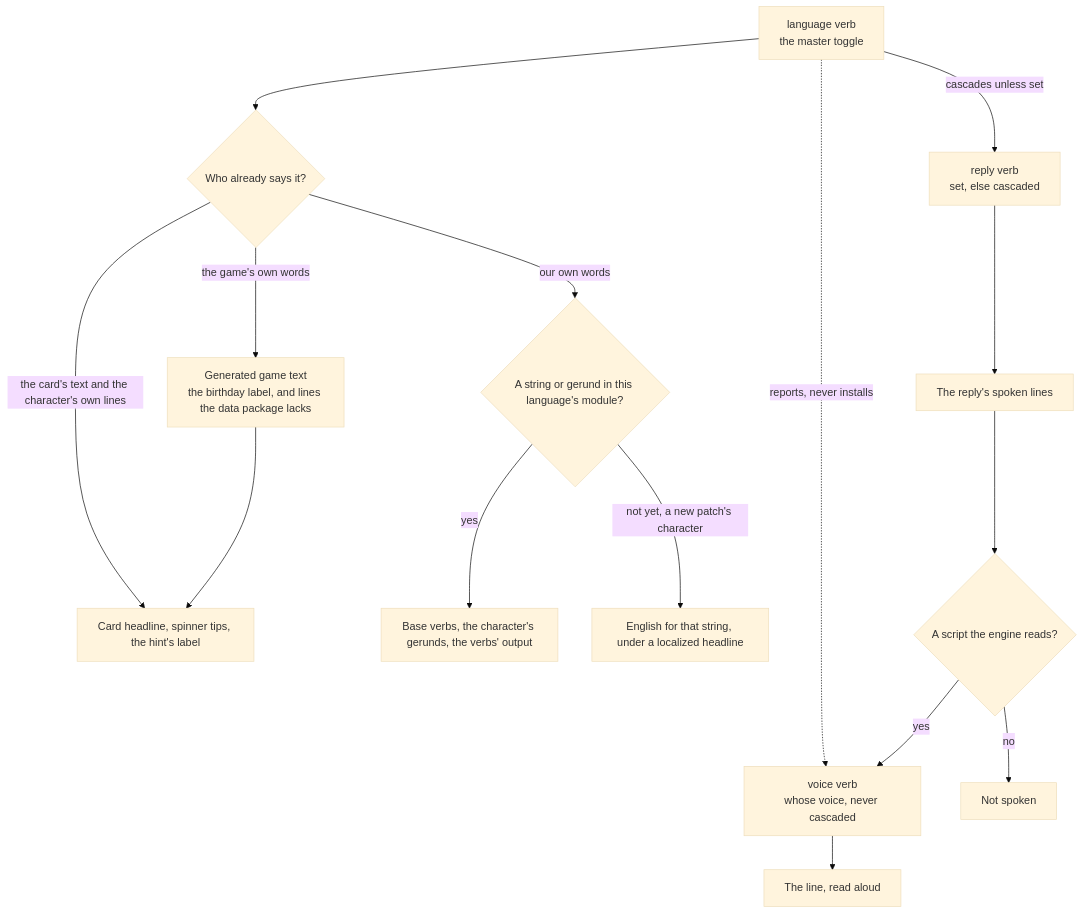
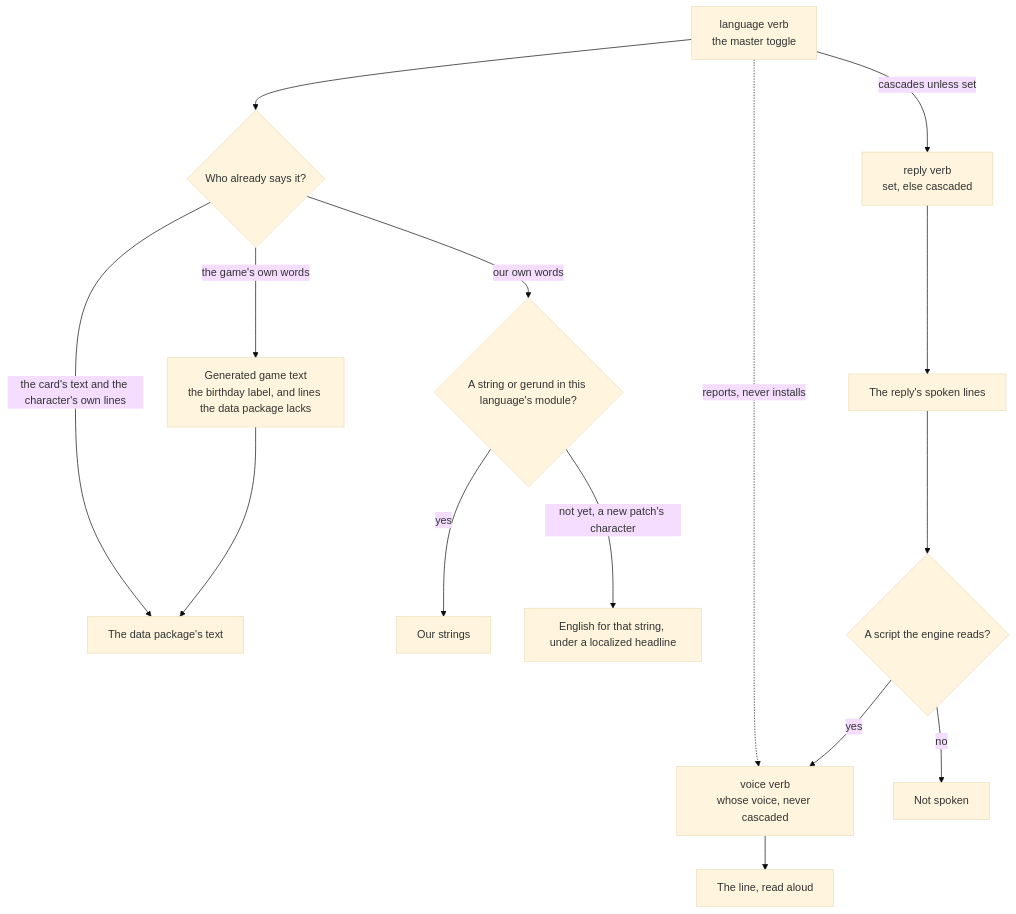
The diagram in openspec/specs/infra/claude-interface/persona-plugin/languages/design.md (Esposter/Esposter), drawn with Mermaid (base theme) before and after one commit. The commit also changed other lines of this file and 5 other files, not shown here.

````diff
--- a/openspec/specs/infra/claude-interface/persona-plugin/languages/design.md
+++ b/openspec/specs/infra/claude-interface/persona-plugin/languages/design.md
@@ -25,21 +25,21 @@
 ```mermaid
 flowchart TD
     Language["language verb<br/>the master toggle"]
     Reply["reply verb<br/>set, else cascaded"]
     Dub["voice verb<br/>whose voice, never cascaded"]
 
     Language -->|cascades unless set| Reply
     Language -.->|reports, never installs| Dub
     Language --> Data{"Who already says it?"}
-    Data -- "the card's text and the character's own lines" --> Free["Card headline, spinner tips, the hint's label"]
+    Data -- "the card's text and the character's own lines" --> Free["The data package's text"]
     Data -- "the game's own words" --> Game["Generated game text<br/>the birthday label, and lines the data package lacks"]
     Game --> Free
     Data -- "our own words" --> Module{"A string or gerund in this language's module?"}
-    Module -- yes --> Ours["Base verbs, the character's gerunds, the verbs' output"]
+    Module -- yes --> Ours["Our strings"]
     Module -- "not yet, a new patch's character" --> Fallback["English for that string, under a localized headline"]
     Reply --> Prose["The reply's spoken lines"]
     Prose --> Script{"A script the engine reads?"}
     Script -- no --> Silent["Not spoken"]
     Script -- yes --> Dub
     Dub --> Speech["The line, read aloud"]
 ```
````
